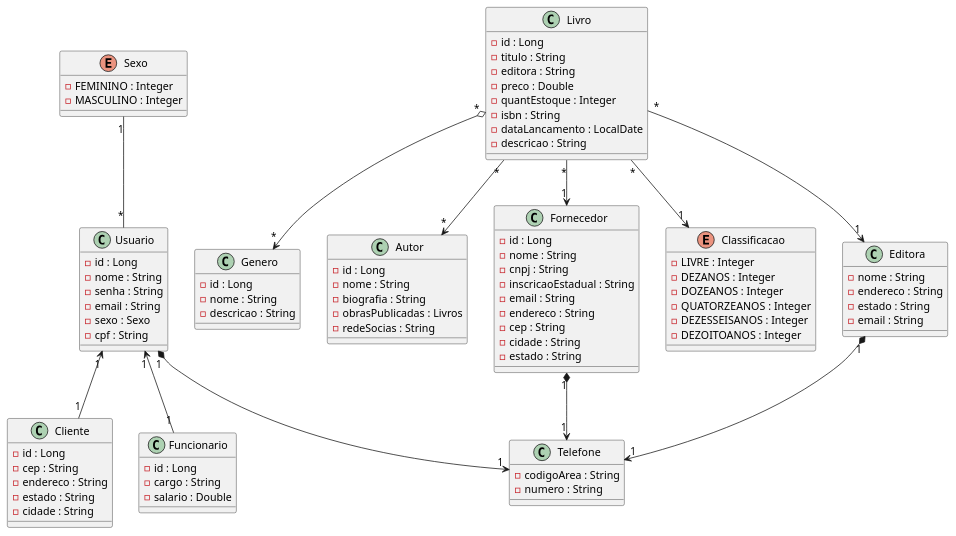
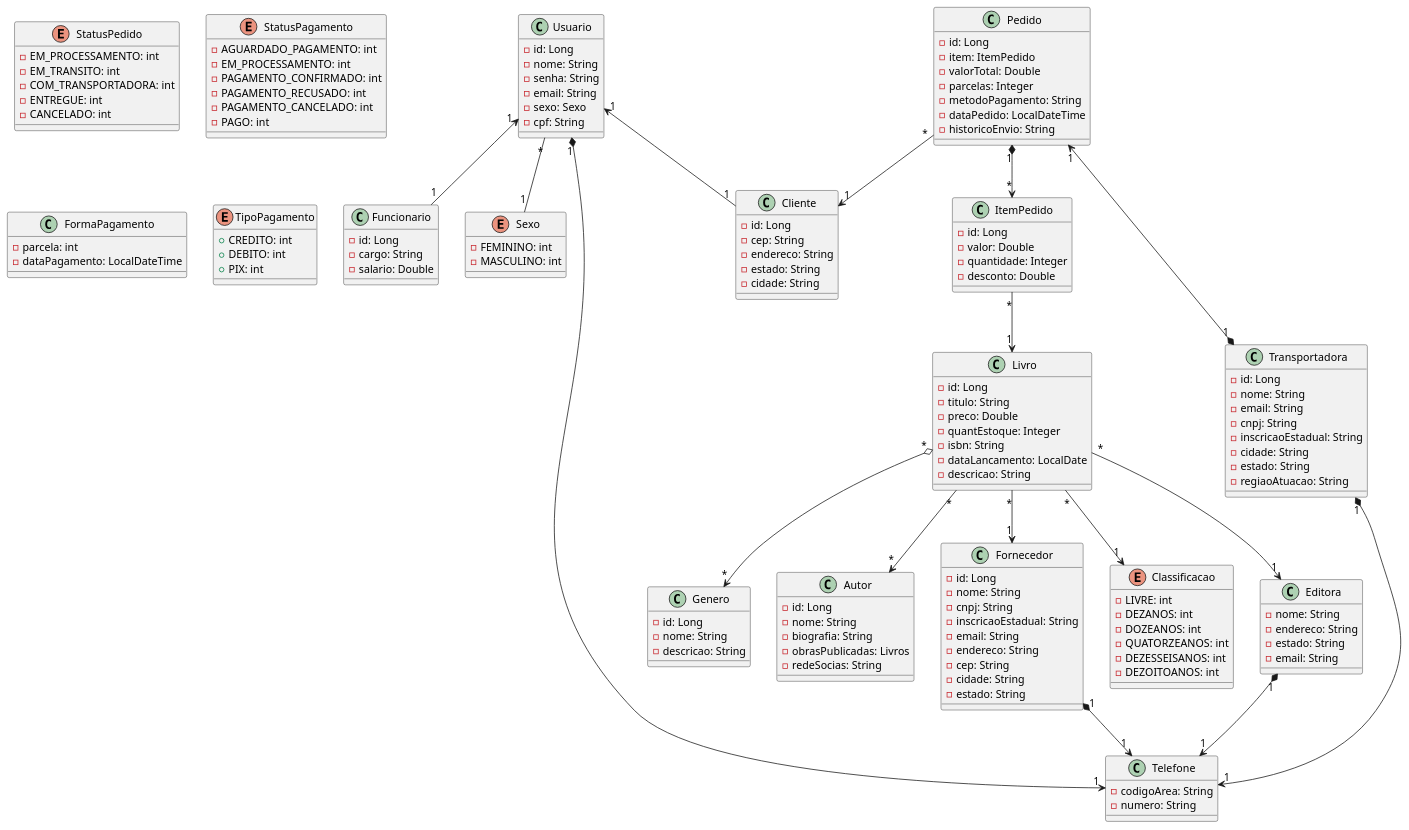
The diagram in src/main/java/br/unitins/topicos1/docs/uml.plantuml (KethelenParra/livros-quarkus-tp1), drawn with PlantUML before and after one commit.

Commit message:
Update uml

```diff
--- a/src/main/java/br/unitins/topicos1/docs/uml.plantuml
+++ b/src/main/java/br/unitins/topicos1/docs/uml.plantuml
@@ -1,104 +1,166 @@
 @startuml uml_ecommerce_livro
 
 class Usuario {
-  - id : Long
-  - nome : String
-  - senha : String
-  - email : String
-  - sexo : Sexo
-  - cpf : String
+  - id: Long
+  - nome: String
+  - senha: String
+  - email: String
+  - sexo: Sexo
+  - cpf: String
   
 }
 
 class Cliente{
-  - id : Long 
-  - cep : String
-  - endereco : String
-  - estado : String
-  - cidade : String
+  - id: Long 
+  - cep: String
+  - endereco: String
+  - estado: String
+  - cidade: String
 }
 
 class Funcionario {
- - id : Long
- - cargo : String
- - salario : Double
+ - id: Long
+ - cargo: String
+ - salario: Double
 }
 
 enum Sexo{
- - FEMININO : Integer
- - MASCULINO : Integer
+ - FEMININO: int
+ - MASCULINO: int
 }
 
 class Livro {
- - id : Long
- - titulo : String
- - editora : String
- - preco : Double
- - quantEstoque : Integer
- - isbn : String
- - dataLancamento : LocalDate
- - descricao : String
+ - id: Long
+ - titulo: String
+ - preco: Double
+ - quantEstoque: Integer
+ - isbn: String
+ - dataLancamento: LocalDate
+ - descricao: String
 }
 
 class Genero{
- - id : Long
- - nome : String
- - descricao : String
+ - id: Long
+ - nome: String
+ - descricao: String
 }
 
 class Autor{
- - id : Long
- - nome : String
- - biografia : String
- - obrasPublicadas : Livros
- - redeSocias : String
+ - id: Long
+ - nome: String
+ - biografia: String
+ - obrasPublicadas: Livros
+ - redeSocias: String
 }
 
 class Fornecedor{
- - id : Long
- - nome : String
- - cnpj : String
- - inscricaoEstadual : String
- - email : String
- - endereco : String
- - cep : String
- - cidade : String
- - estado : String
+ - id: Long
+ - nome: String
+ - cnpj: String
+ - inscricaoEstadual: String
+ - email: String
+ - endereco: String
+ - cep: String
+ - cidade: String
+ - estado: String
 }
 
 enum Classificacao{
-  - LIVRE : Integer 
-  - DEZANOS : Integer
-  - DOZEANOS : Integer
-  - QUATORZEANOS : Integer
-  - DEZESSEISANOS : Integer
-  - DEZOITOANOS : Integer
+  - LIVRE: int 
+  - DEZANOS: int
+  - DOZEANOS: int
+  - QUATORZEANOS: int
+  - DEZESSEISANOS: int
+  - DEZOITOANOS: int
 }
 
 class Editora {
- - nome : String
- - endereco : String
- - estado : String
- - email : String
+ - nome: String
+ - endereco: String
+ - estado: String
+ - email: String
 }
 
 class Telefone{
- - codigoArea : String
- - numero : String
+ - codigoArea: String
+ - numero: String
+}
+
+class Pedido{
+ - id: Long
+ - item: ItemPedido
+ - valorTotal: Double
+ - parcelas: Integer
+ - metodoPagamento: String
+ - dataPedido: LocalDateTime
+ - historicoEnvio: String
+}
+
+enum StatusPedido {
+  - EM_PROCESSAMENTO: int
+  - EM_TRANSITO: int
+  - COM_TRANSPORTADORA: int
+  - ENTREGUE: int
+  - CANCELADO: int
+}
+
+enum StatusPagamento{                         
+  - AGUARDADO_PAGAMENTO: int
+  - EM_PROCESSAMENTO: int
+  - PAGAMENTO_CONFIRMADO: int
+  - PAGAMENTO_RECUSADO: int
+  - PAGAMENTO_CANCELADO: int
+  - PAGO: int
+}
+
+class ItemPedido{
+ - id: Long
+ - valor: Double
+ - quantidade: Integer
+ - desconto: Double
+}
+
+class FormaPagamento{
+  - parcela: int
+  - dataPagamento: LocalDateTime
+}
+
+enum TipoPagamento{
+  + CREDITO: int
+  + DEBITO: int
+  + PIX: int
+}
+
+class Transportadora{
+ - id: Long
+ - nome: String
+ - email: String
+ - cnpj: String
+ - inscricaoEstadual: String
+ - cidade: String
+ - estado: String
+ - regiaoAtuacao: String
 }
 
 Usuario "1" <-- "1" Cliente
 Usuario "1" <-- "1" Funcionario
-Usuario "*" -up- "1" Sexo
+Usuario "*" -- "1" Sexo
 Usuario "1" *--> "1" Telefone
 
 Livro "*" o--> "*" Genero
 Livro "*" --> "*" Autor
 Livro "*" --> "1" Fornecedor 
 Livro "*" --> "1" Editora
 Livro "*" --> "1" Classificacao
 
 Editora "1" *--> "1" Telefone
 Fornecedor "1" *--> "1" Telefone
+Transportadora "1" *--> "1" Telefone
+
+Pedido "1" <--* "1" Transportadora
+Pedido "*" --> "1" Cliente
+Pedido "1" *--> "*" ItemPedido
+
+ItemPedido "*" --> "1" Livro
 
 @enduml
```
